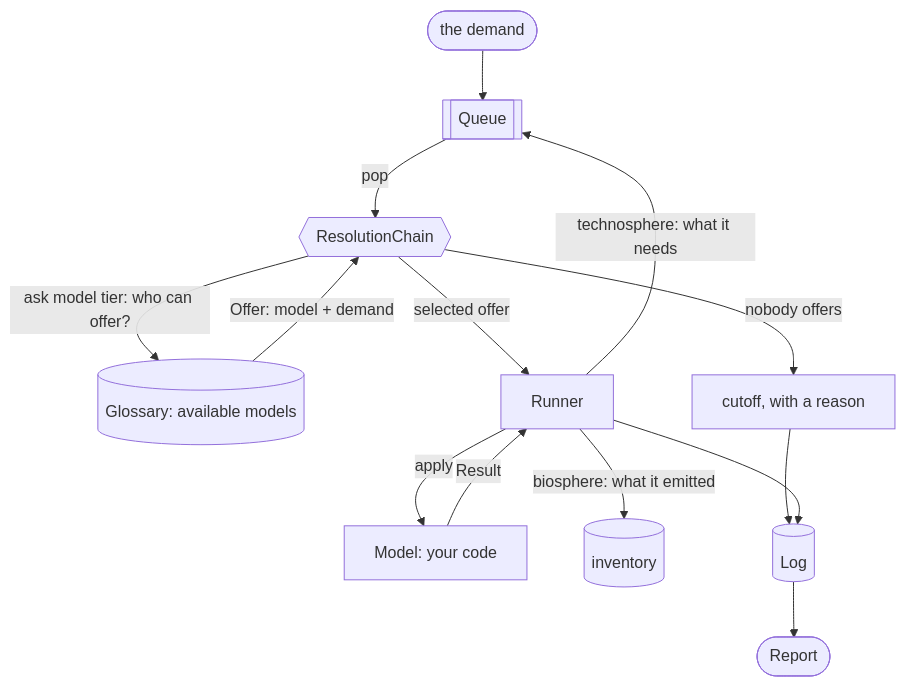
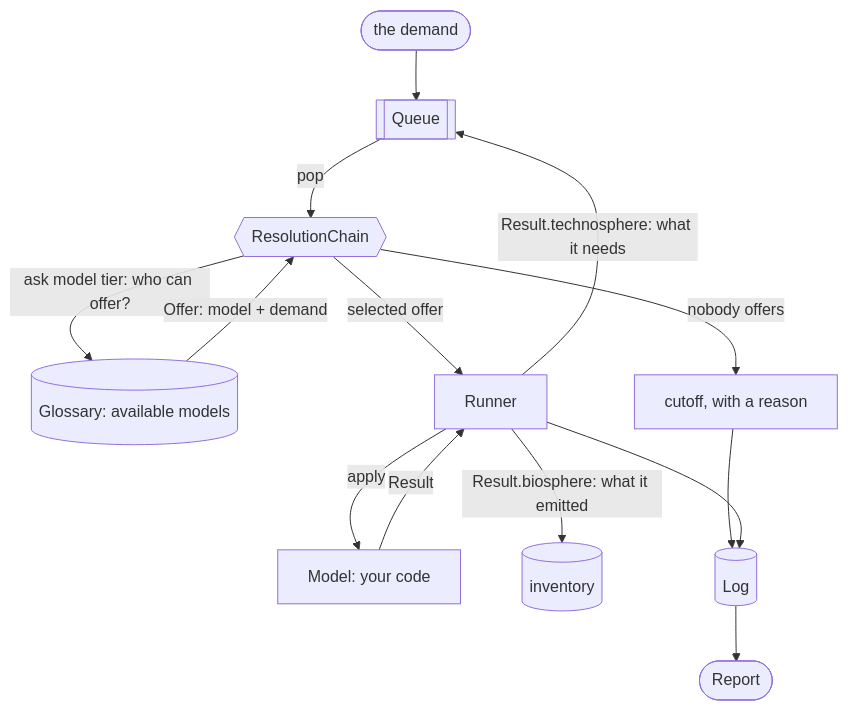
Before and after one commit to TimoDiepers/trailrunner: the diagram in docs/index.md, drawn with Mermaid.

Commit message:
Clarify Result references in index.md

````diff
--- a/docs/index.md
+++ b/docs/index.md
@@ -13,16 +13,16 @@
 ```mermaid
 flowchart TB
     D([the demand]) --> Q[[Queue]]
     Q -->|pop| C{{ResolutionChain}}
     C -->|ask model tier: who can offer?| G[(Glossary: available models)]
     G -->|Offer: model + demand| C
     C -->|nobody offers| X[cutoff, with a reason]
     C -->|selected offer| R[Runner]
     R -->|apply| M[Model: your code]
     M -->|Result| R
-    R -->|technosphere: what it needs| Q
-    R -->|biosphere: what it emitted| I[(inventory)]
+    R -->|Result.technosphere: what it needs| Q
+    R -->|Result.biosphere: what it emitted| I[(inventory)]
     X --> L[(Log)]
     R --> L
     L --> P([Report])
 ```
````
